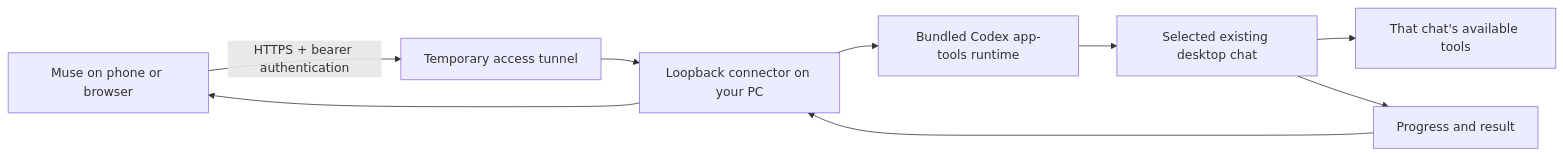
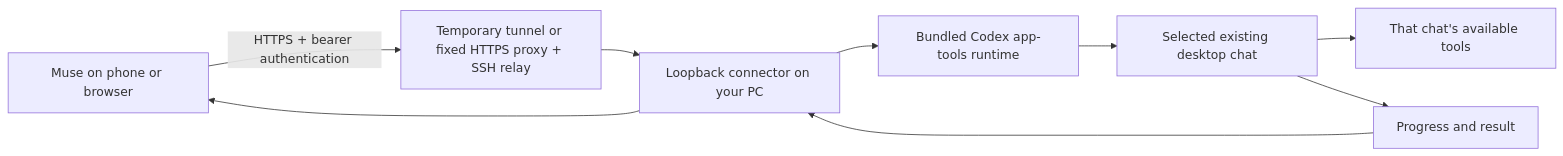
Before and after one commit to thefayth/muse-local-connector: the diagram in README.md, drawn with Mermaid. The commit also changed other lines of this file, not shown here.

Commit message:
Clarify fixed relay and supervised recovery setup

````diff
--- a/README.md
+++ b/README.md
@@ -25,11 +25,11 @@
 ```mermaid
 flowchart LR
-    Muse["Muse on phone or browser"] -->|"HTTPS + bearer authentication"| Tunnel["Temporary access tunnel"]
+    Muse["Muse on phone or browser"] -->|"HTTPS + bearer authentication"| Tunnel["Temporary tunnel or fixed HTTPS proxy + SSH relay"]
     Tunnel --> Gateway["Loopback connector on your PC"]
     Gateway --> Native["Bundled Codex app-tools runtime"]
     Native --> Chat["Selected existing desktop chat"]
     Chat --> Tools["That chat's available tools"]
     Chat --> Result["Progress and result"]
     Result --> Gateway
     Gateway --> Muse
 ```
````
